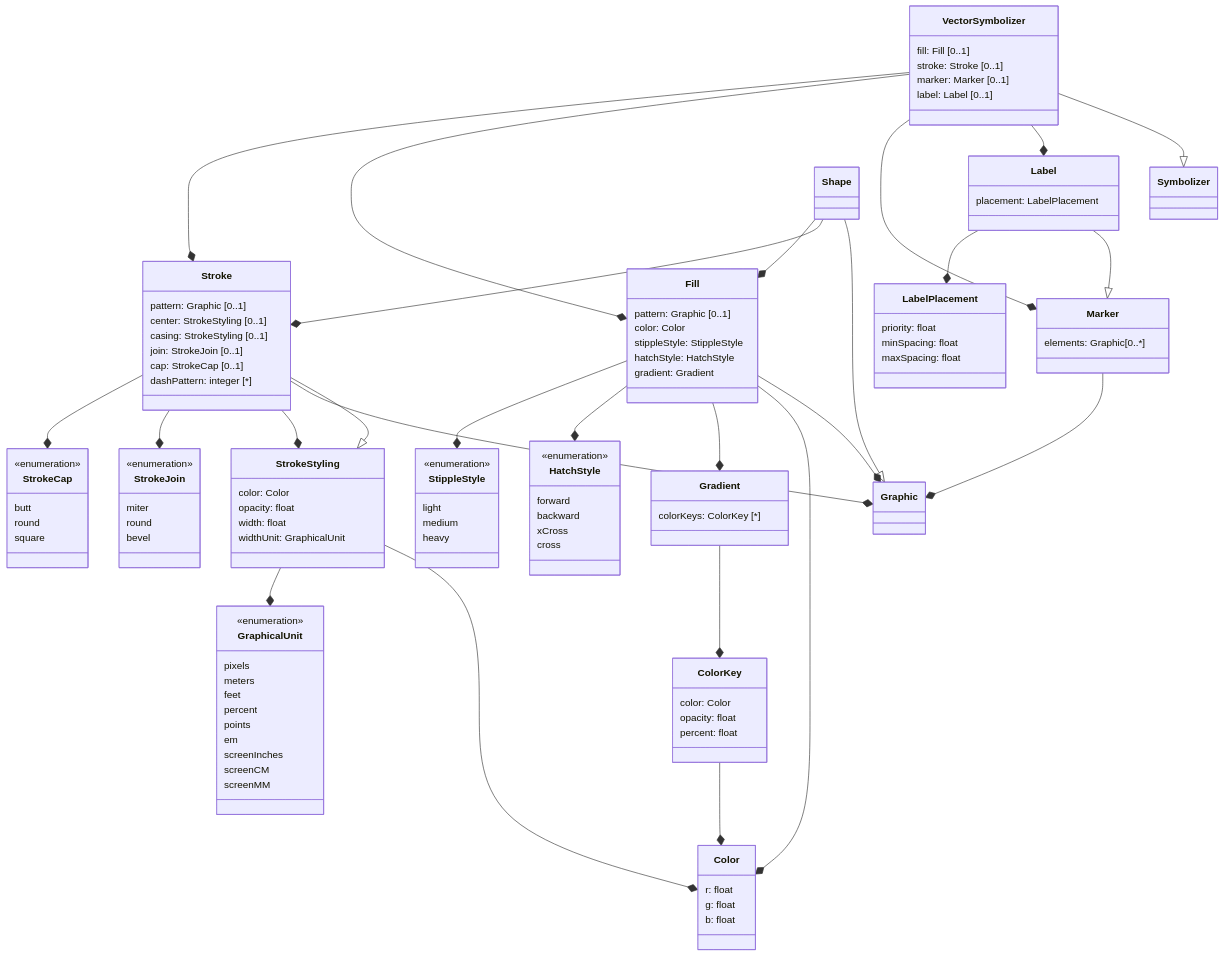
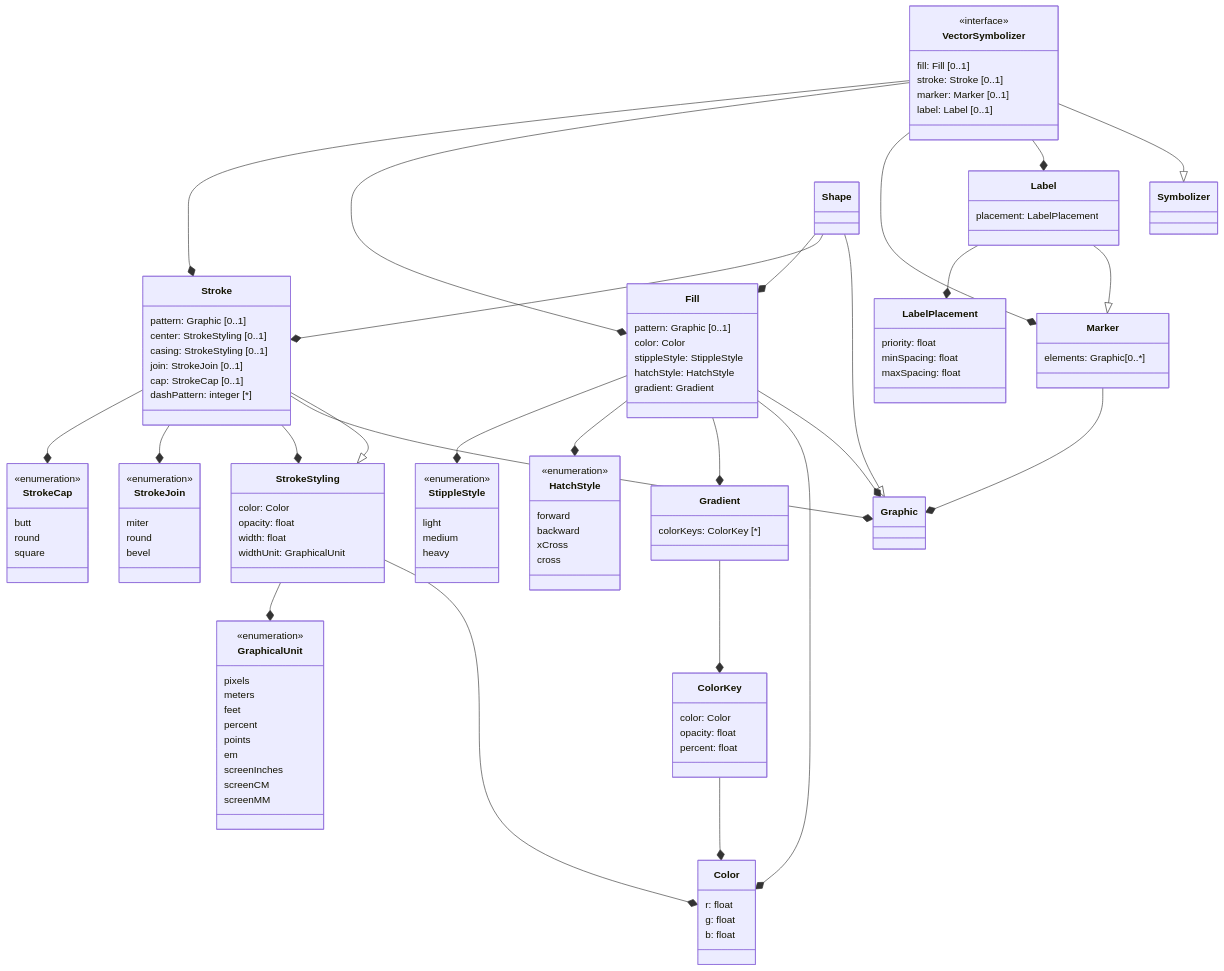
Before and after one commit to opengeospatial/styles-and-symbology: the diagram in core/UML/mermaid/vector_features_symbolizer.md, drawn with Mermaid. The commit also changed 2 other files, not shown here.

Commit message:
Vector Symbolizer; Standard functions as interfaces

```diff
--- a/core/UML/mermaid/vector_features_symbolizer.md
+++ b/core/UML/mermaid/vector_features_symbolizer.md
@@ -6,6 +6,7 @@
     %% Note: Symbolizer, StylingRule and Style are defined in core.md
     class Symbolizer
     class VectorSymbolizer {
+      <<interface>>
       fill: Fill [0..1]
       stroke: Stroke [0..1]
       marker: Marker [0..1]
```
